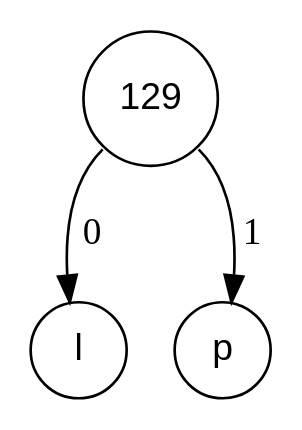
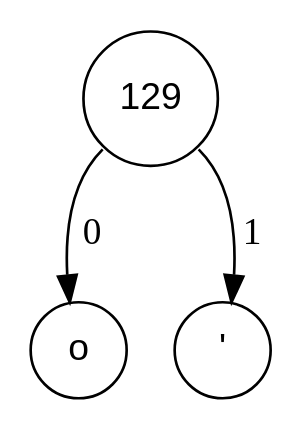
One commit to Procuste34/codage_huffman_c changed the diagram in fichiers_viz/arbre_codage_etape_2.dot. Above: the diagram before and after it, drawn with Graphviz. The commit also changed 47 other files, not shown here.

```diff
--- a/fichiers_viz/arbre_codage_etape_2.dot
+++ b/fichiers_viz/arbre_codage_etape_2.dot
@@ -1,8 +1,8 @@
 digraph POT_test {
 node [fontname="Arial", shape="circle", width=0.5];
 129 [label = "129"]
-108 [label = "l"]
-112 [label = "p"]
-129:sw -> 108 [label = " 0"]
-129:se -> 112 [label = " 1"]
+111 [label = "o"]
+39 [label = "'"]
+129:sw -> 111 [label = " 0"]
+129:se -> 39 [label = " 1"]
 }
```
